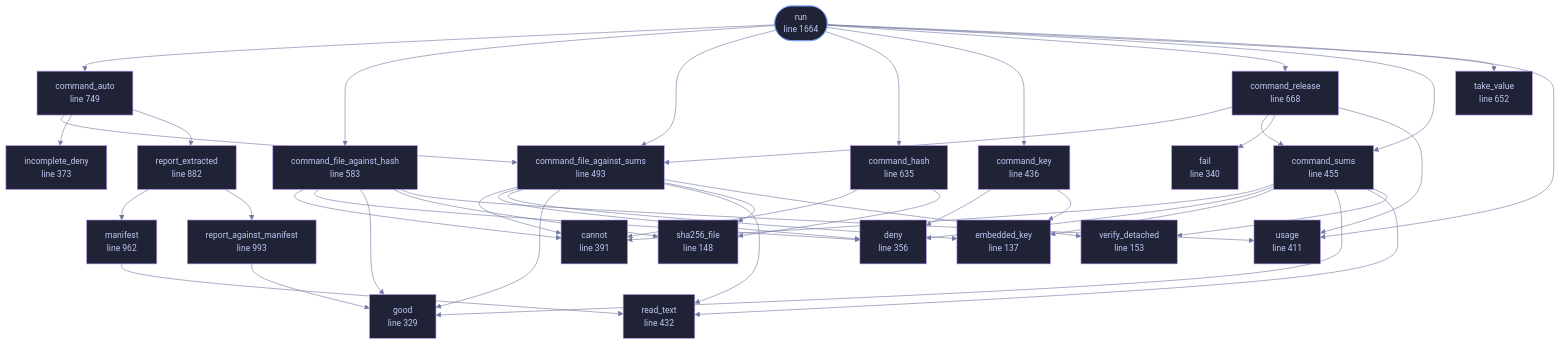
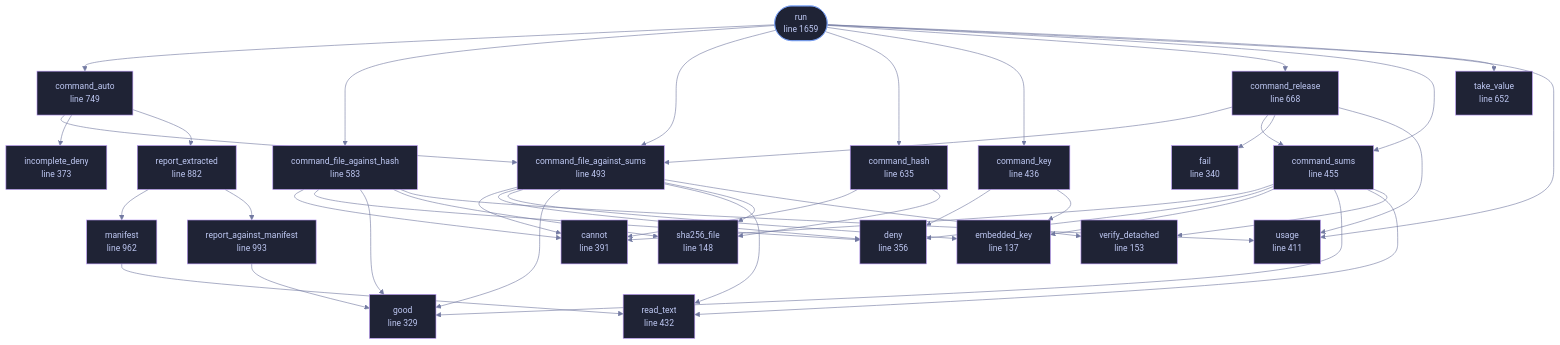
The diagram in docs/files/veilvoice-verify/lib.md (tilas01/veilvoice), drawn with Mermaid before and after one commit. The commit also changed other lines of this file and 19 other files, not shown here.

```diff
--- a/docs/files/veilvoice-verify/lib.md
+++ b/docs/files/veilvoice-verify/lib.md
@@ -133,7 +133,7 @@
     n_report_extracted["report_extracted<br/>line 882"]
     n_manifest["manifest<br/>line 962"]
     n_report_against_manifest["report_against_manifest<br/>line 993"]
-    n_run(["run<br/>line 1664"])
+    n_run(["run<br/>line 1659"])
     n_command_auto --> n_command_file_against_sums
     n_command_auto --> n_incomplete_deny
     n_command_auto --> n_report_extracted
@@ -197,7 +197,7 @@
     click n_report_extracted href "https://github.com/tilas01/veilvoice/blob/main/crates/veilvoice-verify/src/lib.rs#L882" "open the source"
     click n_manifest href "https://github.com/tilas01/veilvoice/blob/main/crates/veilvoice-verify/src/lib.rs#L962" "open the source"
     click n_report_against_manifest href "https://github.com/tilas01/veilvoice/blob/main/crates/veilvoice-verify/src/lib.rs#L993" "open the source"
-    click n_run href "https://github.com/tilas01/veilvoice/blob/main/crates/veilvoice-verify/src/lib.rs#L1664" "open the source"
+    click n_run href "https://github.com/tilas01/veilvoice/blob/main/crates/veilvoice-verify/src/lib.rs#L1659" "open the source"
     classDef entry fill:#1f2335,stroke:#7aa2f7,color:#c0caf5
     class n_run entry
     classDef helper fill:#1f2335,stroke:#bb9af7,color:#c0caf5
```
